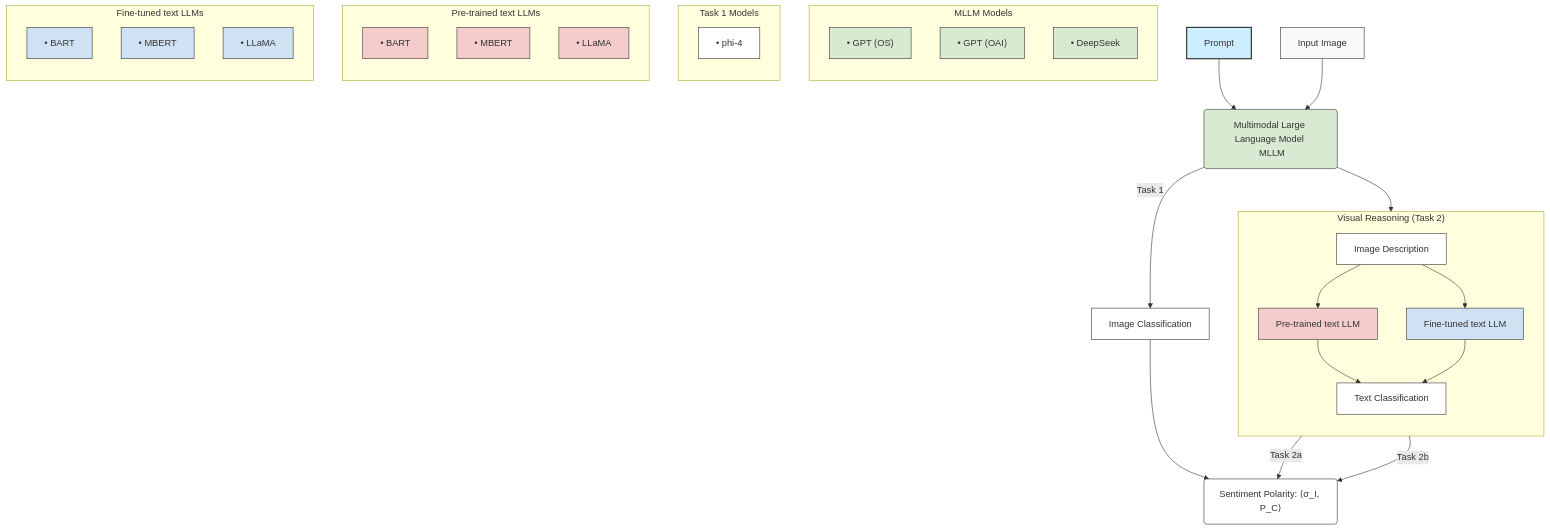
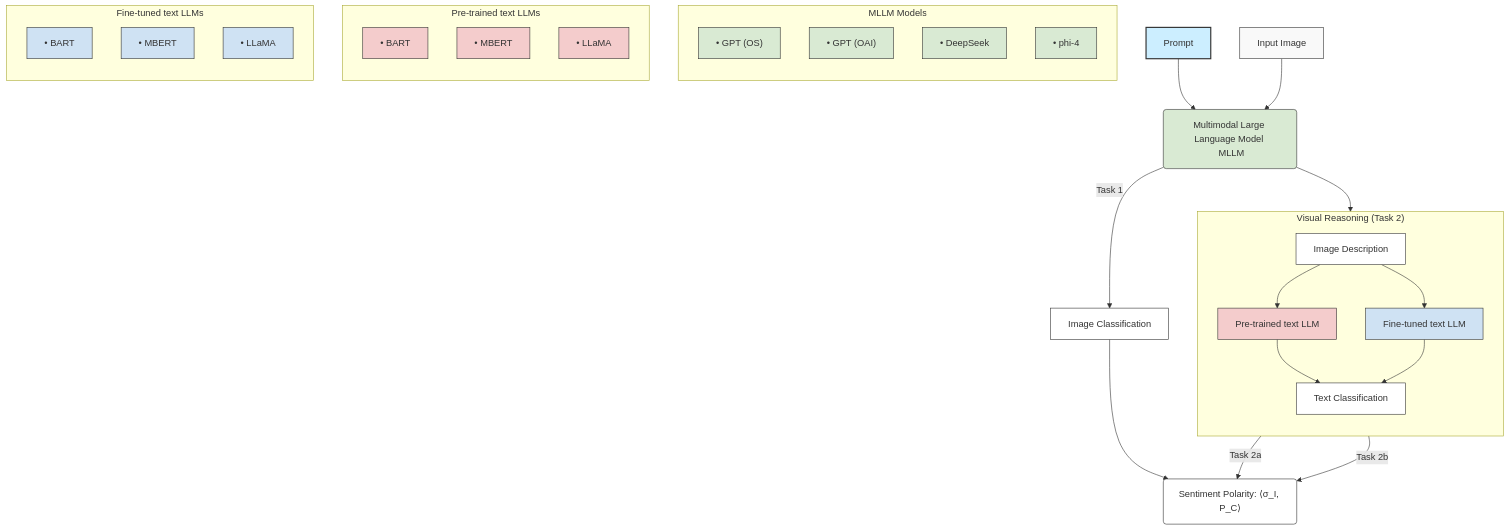
One commit to neemiasbsilva/multimodal-LLMs-see-sentiment changed the diagram in README.md. Above: the diagram before and after it, drawn with Mermaid.

Commit message:
update architecture diagram

````diff
--- a/README.md
+++ b/README.md
@@ -19,71 +19,67 @@
 ```mermaid
 graph TD
     %% Define main node styles matching the image colors
     classDef prompt fill:#cceeff,stroke:#333,stroke-width:2px;
     classDef image fill:#f9f9f9,stroke:#333,stroke-width:1px;
     classDef mllm fill:#d9ead3,stroke:#333,stroke-width:1px;
     classDef defaultbox fill:#ffffff,stroke:#333,stroke-width:1px;
     classDef pretrained fill:#f4cccc,stroke:#333,stroke-width:1px;
     classDef finetuned fill:#cfe2f3,stroke:#333,stroke-width:1px;
 
     %% Nodes
     Prompt[Prompt]:::prompt
     InputImage[Input Image]:::image
     MLLM(Multimodal Large Language Model <br/> MLLM):::mllm
     
     IC[Image Classification]:::defaultbox
     SP("Sentiment Polarity: ⟨σ_I, P_C⟩"):::defaultbox
 
     %% Connections for main paths
     Prompt --> MLLM
     InputImage --> MLLM
     
     %% Task 1
     MLLM -- "Task 1" --> IC
     IC --> SP
 
     %% Task 2 Conceptual visual grouping
     subgraph Task2 ["Visual Reasoning (Task 2)"]
         direction TB
         ID[Image Description]:::defaultbox
         PTL[Pre-trained text LLM]:::pretrained
         FTL[Fine-tuned text LLM]:::finetuned
         TC[Text Classification]:::defaultbox
         
         ID --> PTL
         ID --> FTL
         PTL --> TC
         FTL --> TC
     end
 
     MLLM --> ID
     TC -- "Task 2a" --> SP
     TC -- "Task 2b" --> SP
 
     %% Model Keys and Legends (Rendered as separate reference blocks)
     subgraph Key_MLLM [MLLM Models]
         direction TB
         G1["• GPT (OS)"]:::mllm
         G2["• GPT (OAI)"]:::mllm
         G3["• DeepSeek"]:::mllm
-    end
-
-    subgraph Key_Task1 [Task 1 Models]
-        direction TB
-        Tphi4["• phi-4"]:::defaultbox
+        G4["• phi-4"]:::mllm
     end
 
     subgraph Key_Pretrained [Pre-trained text LLMs]
         direction TB
         R1["• BART"]:::pretrained
         R2["• MBERT"]:::pretrained
         R3["• LLaMA"]:::pretrained
     end
 
     subgraph Key_Finetuned [Fine-tuned text LLMs]
         direction TB
         B1["• BART"]:::finetuned
         B2["• MBERT"]:::finetuned
         B3["• LLaMA"]:::finetuned
     end
 ```
````
